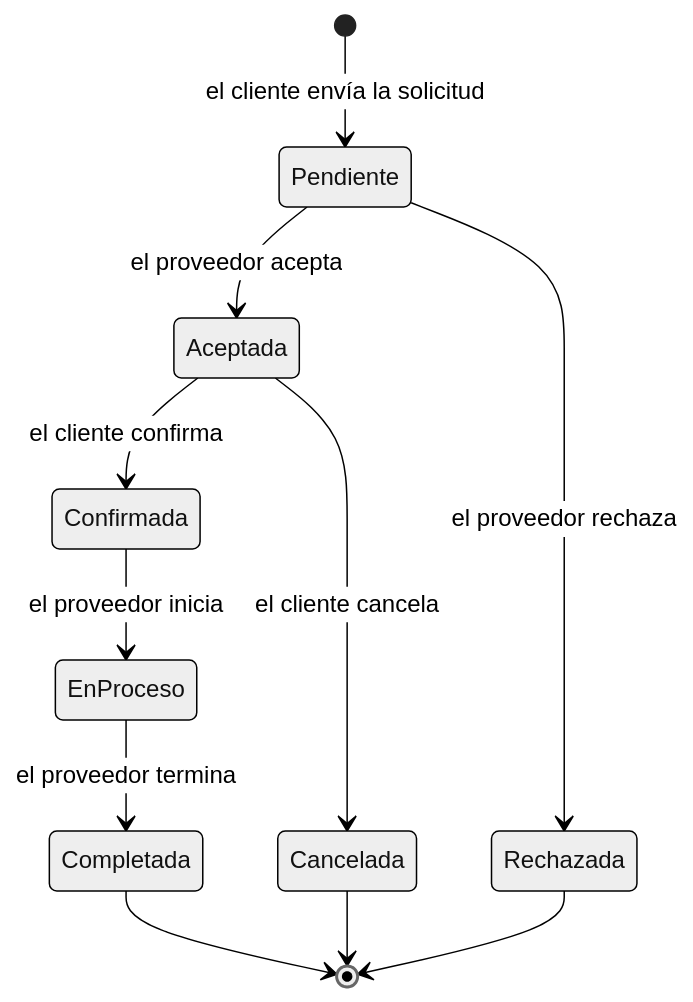
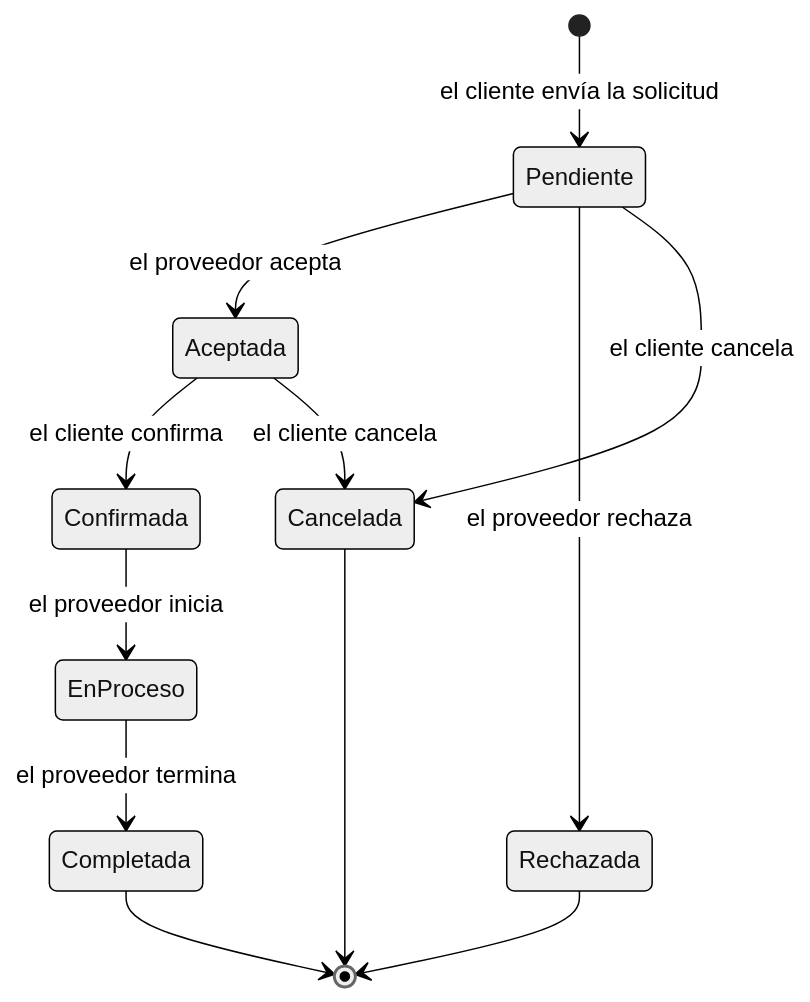
The third of 5 diagrams in README.md (Tecnologias-2026-2/HogarFix), drawn with Mermaid (neutral theme) before and after one commit. The commit also changed other lines of this file and 1 other file, not shown here.

````diff
--- a/README.md
+++ b/README.md
@@ -150,13 +150,14 @@
 ```mermaid
 stateDiagram-v2
   [*] --> Pendiente: el cliente envía la solicitud
   Pendiente --> Aceptada: el proveedor acepta
   Pendiente --> Rechazada: el proveedor rechaza
   Aceptada --> Confirmada: el cliente confirma
+  Pendiente --> Cancelada: el cliente cancela
   Aceptada --> Cancelada: el cliente cancela
   Confirmada --> EnProceso: el proveedor inicia
   EnProceso --> Completada: el proveedor termina
   Completada --> [*]
   Rechazada --> [*]
   Cancelada --> [*]
 ```
````
